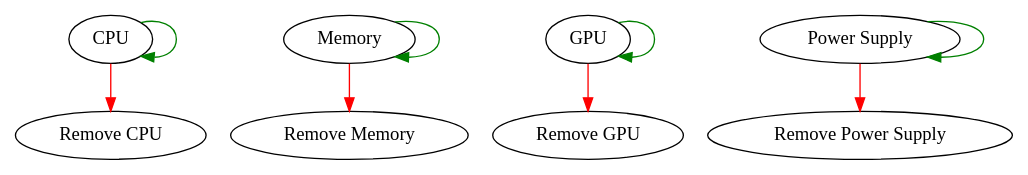
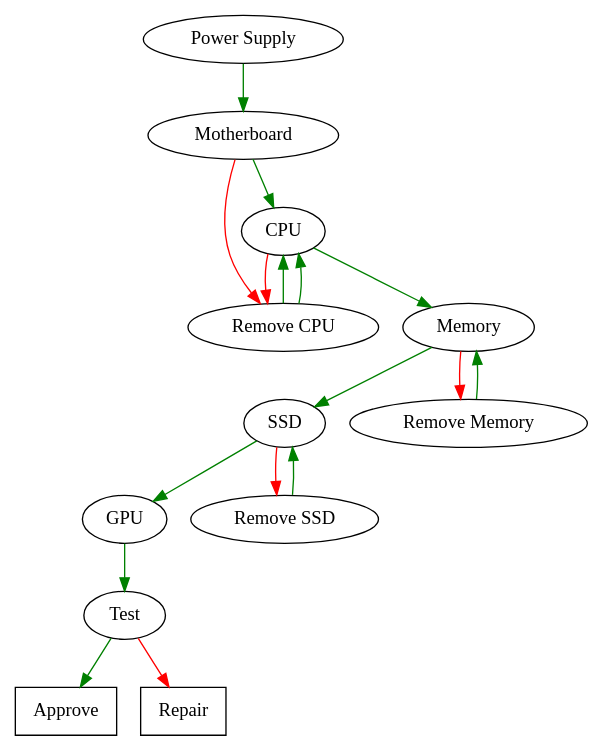
Before and after one commit to sorash/oop345: the diagram in assignment/milestone2/milestone2/TaskList.dat.gv, drawn with Graphviz. The commit also changed 4 other files, not shown here.

Commit message:
fixed graphing

```diff
--- a/assignment/milestone2/milestone2/TaskList.dat.gv
+++ b/assignment/milestone2/milestone2/TaskList.dat.gv
@@ -1,10 +1,20 @@
-digraph item {
-"CPU"->"CPU" [color=green];
+digraph task {
+"Power Supply"->"Motherboard" [color=green];
+"Motherboard"->"CPU" [color=green];
+"Motherboard"->"Remove CPU" [color=red];
+"Remove CPU"->"CPU" [color=green];
+"CPU"->"Memory" [color=green];
 "CPU"->"Remove CPU" [color=red];
-"Memory"->"Memory" [color=green];
+"Remove CPU"->"CPU" [color=green];
+"Memory"->"SSD" [color=green];
 "Memory"->"Remove Memory" [color=red];
-"GPU"->"GPU" [color=green];
-"GPU"->"Remove GPU" [color=red];
-"Power Supply"->"Power Supply" [color=green];
-"Power Supply"->"Remove Power Supply" [color=red];
+"Remove Memory"->"Memory" [color=green];
+"SSD"->"GPU" [color=green];
+"SSD"->"Remove SSD" [color=red];
+"Remove SSD"->"SSD" [color=green];
+"GPU"->"Test" [color=green];
+"Test"->"Approve" [color=green];
+"Test"->"Repair" [color=red];
+"Repair" [shape=box];
+"Approve" [shape=box];
 }
```
